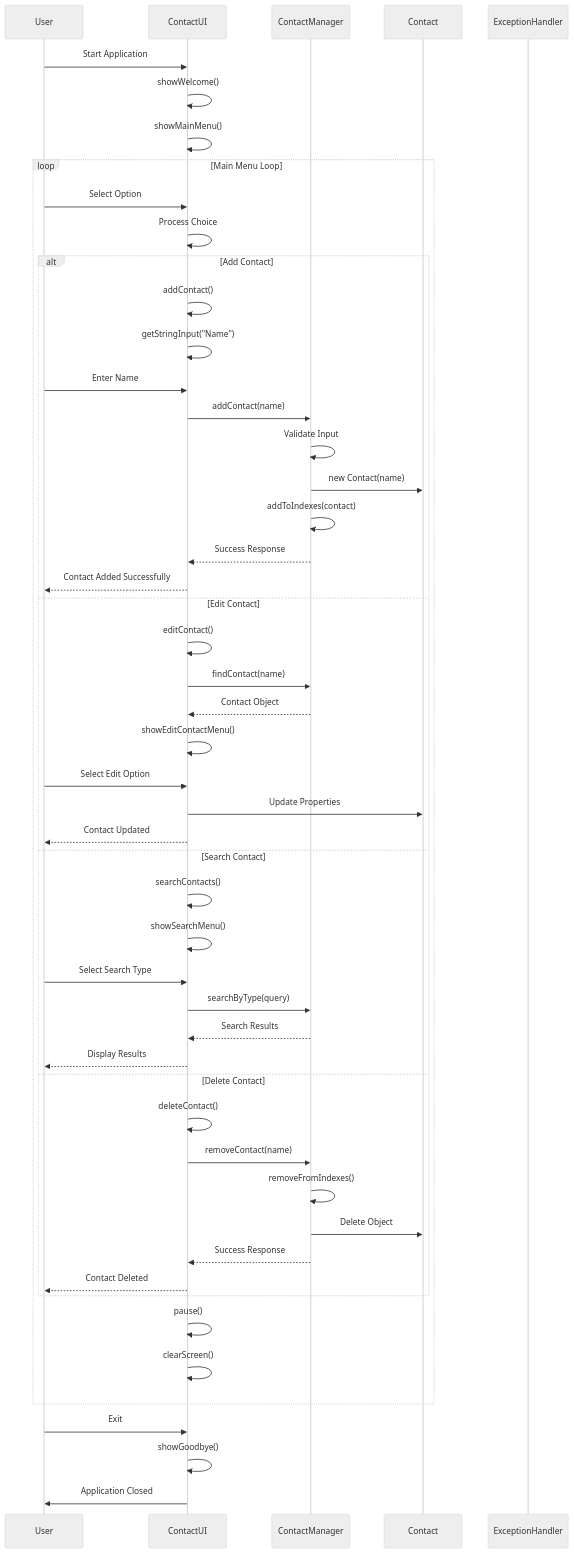
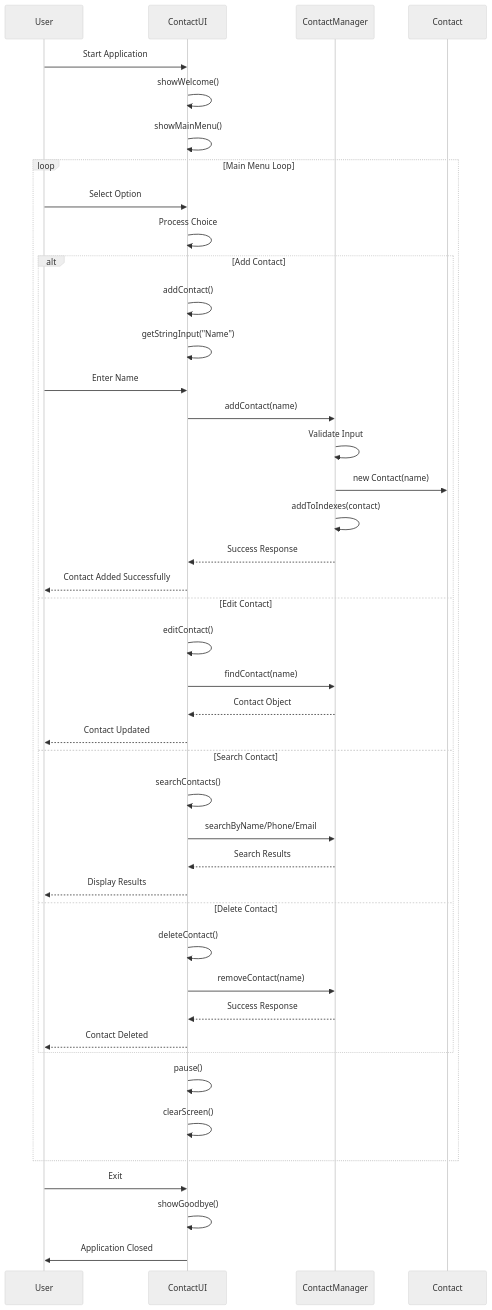
One commit to TaiLoiZzzz/DSA_PROJECT changed the third of 13 diagrams in UML_DIAGRAMS.md. Above: the diagram before and after it, drawn with Mermaid (neutral theme). The commit also changed other lines of this file, not shown here.

````diff
--- a/UML_DIAGRAMS.md
+++ b/UML_DIAGRAMS.md
@@ -185,58 +170,50 @@
 ```mermaid
 sequenceDiagram
     participant User
     participant ContactUI
     participant ContactManager
     participant Contact
-    participant ExceptionHandler
     
     User->>ContactUI: Start Application
     ContactUI->>ContactUI: showWelcome()
     ContactUI->>ContactUI: showMainMenu()
     
     loop Main Menu Loop
         User->>ContactUI: Select Option
         ContactUI->>ContactUI: Process Choice
         
         alt Add Contact
             ContactUI->>ContactUI: addContact()
             ContactUI->>ContactUI: getStringInput("Name")
             User->>ContactUI: Enter Name
             ContactUI->>ContactManager: addContact(name)
             ContactManager->>ContactManager: Validate Input
             ContactManager->>Contact: new Contact(name)
             ContactManager->>ContactManager: addToIndexes(contact)
             ContactManager-->>ContactUI: Success Response
             ContactUI-->>User: Contact Added Successfully
         else Edit Contact
             ContactUI->>ContactUI: editContact()
             ContactUI->>ContactManager: findContact(name)
             ContactManager-->>ContactUI: Contact Object
-            ContactUI->>ContactUI: showEditContactMenu()
-            User->>ContactUI: Select Edit Option
-            ContactUI->>Contact: Update Properties
             ContactUI-->>User: Contact Updated
         else Search Contact
             ContactUI->>ContactUI: searchContacts()
-            ContactUI->>ContactUI: showSearchMenu()
-            User->>ContactUI: Select Search Type
-            ContactUI->>ContactManager: searchByType(query)
+            ContactUI->>ContactManager: searchByName/Phone/Email
             ContactManager-->>ContactUI: Search Results
             ContactUI-->>User: Display Results
         else Delete Contact
             ContactUI->>ContactUI: deleteContact()
             ContactUI->>ContactManager: removeContact(name)
-            ContactManager->>ContactManager: removeFromIndexes()
-            ContactManager->>Contact: Delete Object
             ContactManager-->>ContactUI: Success Response
             ContactUI-->>User: Contact Deleted
         end
         
         ContactUI->>ContactUI: pause()
         ContactUI->>ContactUI: clearScreen()
     end
     
     User->>ContactUI: Exit
     ContactUI->>ContactUI: showGoodbye()
     ContactUI->>User: Application Closed
 ```
````
